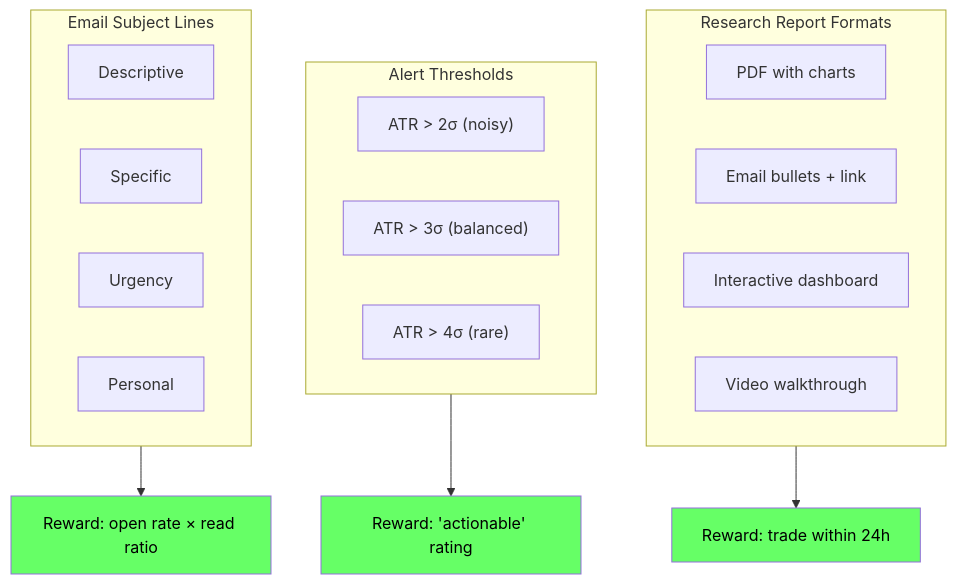
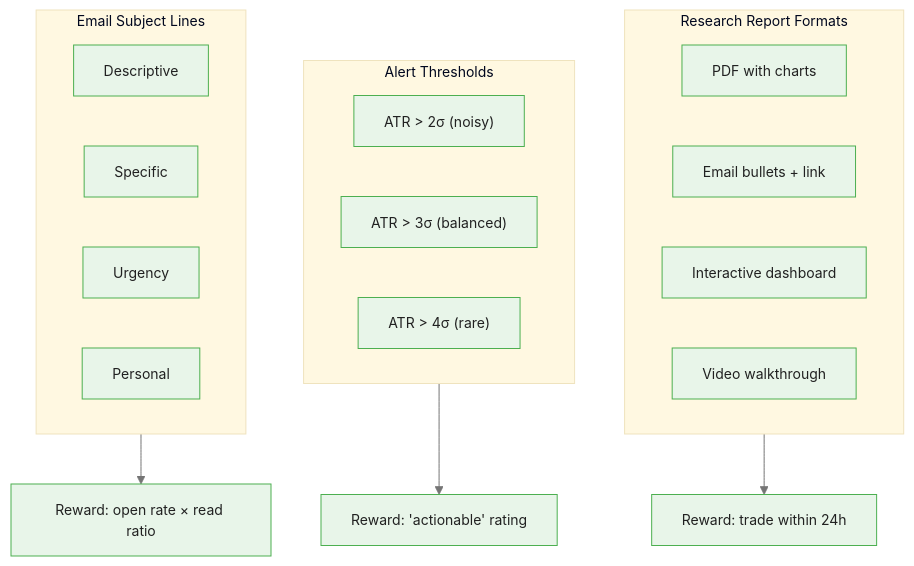
One commit to m-deane/course-creator changed the third of 4 diagrams in courses/multi-armed-bandits-ab-testing/modules/module_04_content_growth_optimization/guides/02_conversion_optimization_slides.md. Above: the diagram before and after it, drawn with Mermaid. The commit also changed other lines of this file and 146 other files, not shown here.

````diff
--- a/courses/multi-armed-bandits-ab-testing/modules/module_04_content_growth_optimization/guides/02_conversion_optimization_slides.md
+++ b/courses/multi-armed-bandits-ab-testing/modules/module_04_content_growth_optimization/guides/02_conversion_optimization_slides.md
@@ -180,28 +219,25 @@
 ```mermaid
+%%{init: {"theme": "base", "themeVariables": {"primaryColor": "#e8f5e9", "primaryBorderColor": "#4caf50", "primaryTextColor": "#212121", "secondaryColor": "#e3f2fd", "tertiaryColor": "#fff8e1", "lineColor": "#757575", "fontFamily": "Inter, sans-serif", "fontSize": "14px"}}}%%
 flowchart TD
     subgraph App1["Research Report Formats"]
         R1["PDF with charts"]
         R2["Email bullets + link"]
         R3["Interactive dashboard"]
         R4["Video walkthrough"]
     end
     subgraph App2["Alert Thresholds"]
         A1["ATR > 2σ (noisy)"]
         A2["ATR > 3σ (balanced)"]
         A3["ATR > 4σ (rare)"]
     end
     subgraph App3["Email Subject Lines"]
         E1["Descriptive"]
         E2["Specific"]
         E3["Urgency"]
         E4["Personal"]
     end
 
     App1 --> Reward1["Reward: trade within 24h"]
     App2 --> Reward2["Reward: 'actionable' rating"]
     App3 --> Reward3["Reward: open rate × read ratio"]
-
-    style Reward1 fill:#6f6,color:#000
-    style Reward2 fill:#6f6,color:#000
-    style Reward3 fill:#6f6,color:#000
 ```
````
